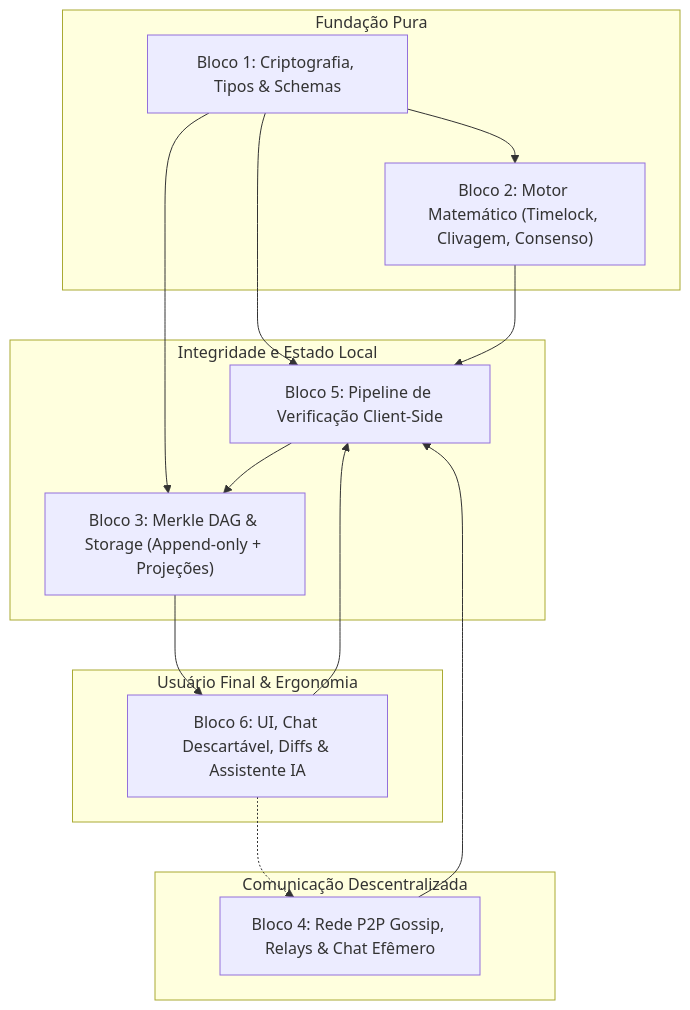
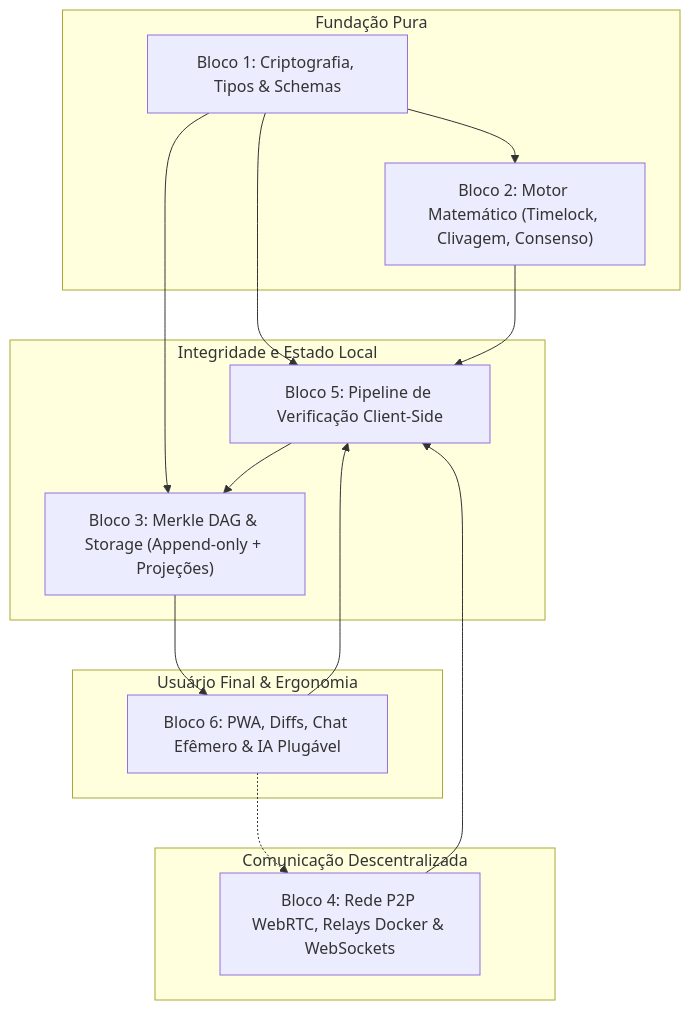
The first of 2 diagrams in docs/implement.md (mBaiadori/sintetizing), drawn with Mermaid before and after one commit. The commit also changed other lines of this file and 6 other files, not shown here.

Commit message:
docs: update technical specifications for phase 3 to include PWA, Zod validation, and pluggable AI architecture

````diff
--- a/docs/implement.md
+++ b/docs/implement.md
@@ -22,30 +22,30 @@
 ```mermaid
 flowchart TD
     subgraph CoreFoundation [Fundação Pura]
         B1["Bloco 1: Criptografia, Tipos & Schemas"]
         B2["Bloco 2: Motor Matemático (Timelock, Clivagem, Consenso)"]
     end
 
     subgraph DataAndSecurity [Integridade e Estado Local]
         B3["Bloco 3: Merkle DAG & Storage (Append-only + Projeções)"]
         B5["Bloco 5: Pipeline de Verificação Client-Side"]
     end
 
     subgraph NetworkLayer [Comunicação Descentralizada]
-        B4["Bloco 4: Rede P2P Gossip, Relays & Chat Efêmero"]
+        B4["Bloco 4: Rede P2P WebRTC, Relays Docker & WebSockets"]
     end
 
     subgraph ApplicationLayer [Usuário Final & Ergonomia]
-        B6["Bloco 6: UI, Chat Descartável, Diffs & Assistente IA"]
+        B6["Bloco 6: PWA, Diffs, Chat Efêmero & IA Plugável"]
     end
 
     B1 --> B2
     B1 --> B3
     B1 --> B5
     B2 --> B5
     B4 --> B5
     B5 --> B3
     B3 --> B6
     B6 --> B5
     B6 -.-> B4
 ```
````
